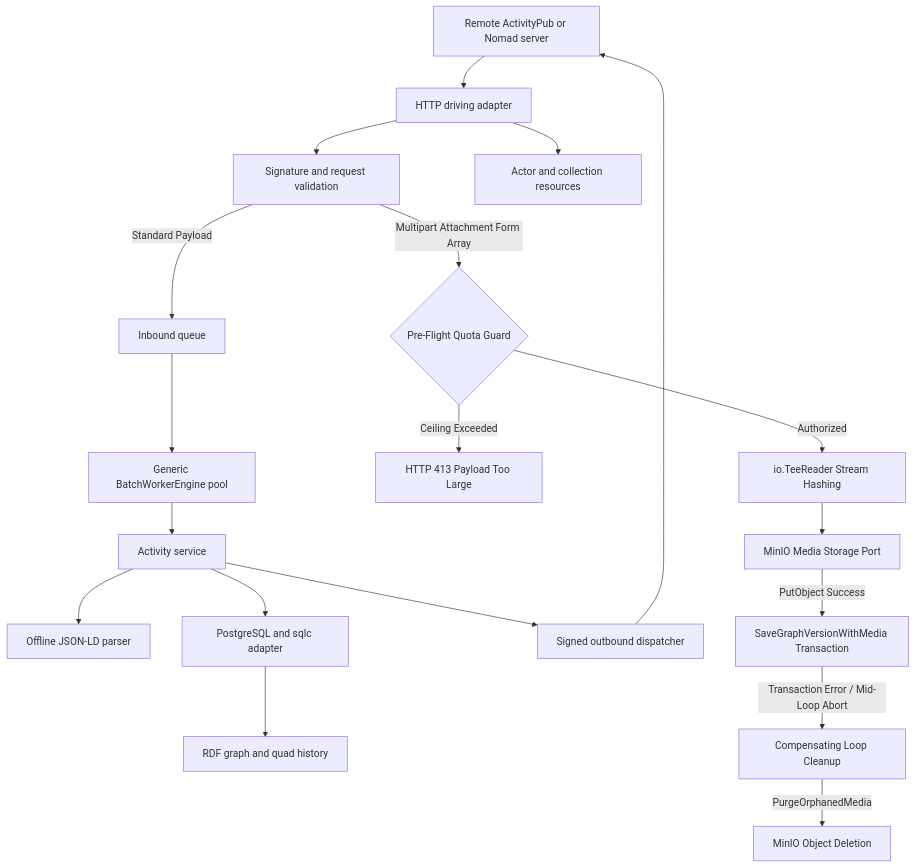
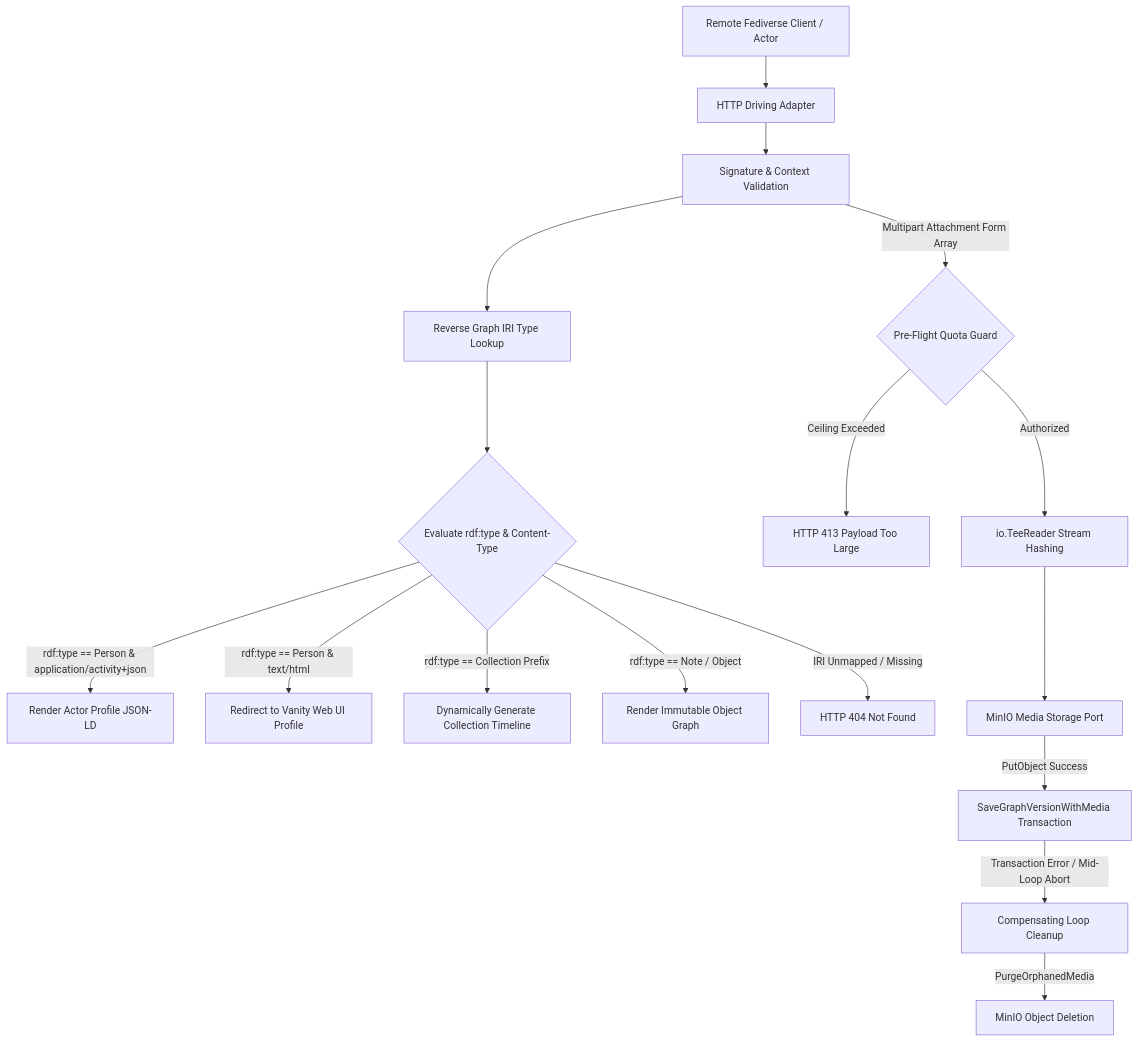
The first of 3 diagrams in docs/architecture_blueprint.md (sprezz-net/sprezz), drawn with Mermaid before and after one commit. The commit also changed other lines of this file, not shown here.

First line of the commit message:
Update to architecture blueprint

````diff
--- a/docs/architecture_blueprint.md
+++ b/docs/architecture_blueprint.md
@@ -23,28 +23,27 @@
 ```mermaid
 flowchart TD
-    Remote[Remote ActivityPub or Nomad server] --> HTTP[HTTP driving adapter]
-    HTTP --> Verify[Signature and request validation]
+    Remote[Remote Fediverse Client / Actor] --> HTTP[HTTP Driving Adapter]
+    HTTP --> Verify[Signature & Context Validation]
 
-    %% Standard Path
-    Verify -->|Standard Payload| Queue[Inbound queue]
-    Queue --> Worker[Generic BatchWorkerEngine pool]
-    Worker --> Service[Activity service]
-    Service --> Parser[Offline JSON-LD parser]
-    Service --> Store[PostgreSQL and sqlc adapter]
-    Store --> Graph[RDF graph and quad history]
-    Service --> Outbound[Signed outbound dispatcher]
-    Outbound --> Remote
+    %% Semantic Routing Decision Loop
+    Verify --> IRIQuery[Reverse Graph IRI Type Lookup]
+    IRIQuery --> Branch{Evaluate rdf:type & Content-Type}
+
+    %% Execution Paths
+    Branch -->|rdf:type == Person & application/activity+json| ServeProfile[Render Actor Profile JSON-LD]
+    Branch -->|rdf:type == Person & text/html| RedirectWeb[Redirect to Vanity Web UI Profile]
+    Branch -->|rdf:type == Collection Prefix| ServeTimeline[Dynamically Generate Collection Timeline]
+    Branch -->|rdf:type == Note / Object| ServeObject[Render Immutable Object Graph]
+    Branch -->|IRI Unmapped / Missing| Fail404[HTTP 404 Not Found]
 
     %% Multipart Upload Loop Path
     Verify -->|Multipart Attachment Form Array| QuotaGuard{Pre-Flight Quota Guard}
     QuotaGuard -->|Ceiling Exceeded| Fail413[HTTP 413 Payload Too Large]
     QuotaGuard -->|Authorized| TeeStream[io.TeeReader Stream Hashing]
     TeeStream --> MediaPort[MinIO Media Storage Port]
     MediaPort -->|PutObject Success| AtomicDB[SaveGraphVersionWithMedia Transaction]
 
     %% Rollback Branch
     AtomicDB -->|Transaction Error / Mid-Loop Abort| Rollback[Compensating Loop Cleanup]
     Rollback -->|PurgeOrphanedMedia| DeleteMedia[MinIO Object Deletion]
-
-    HTTP --> Collections[Actor and collection resources]
 ```
````
